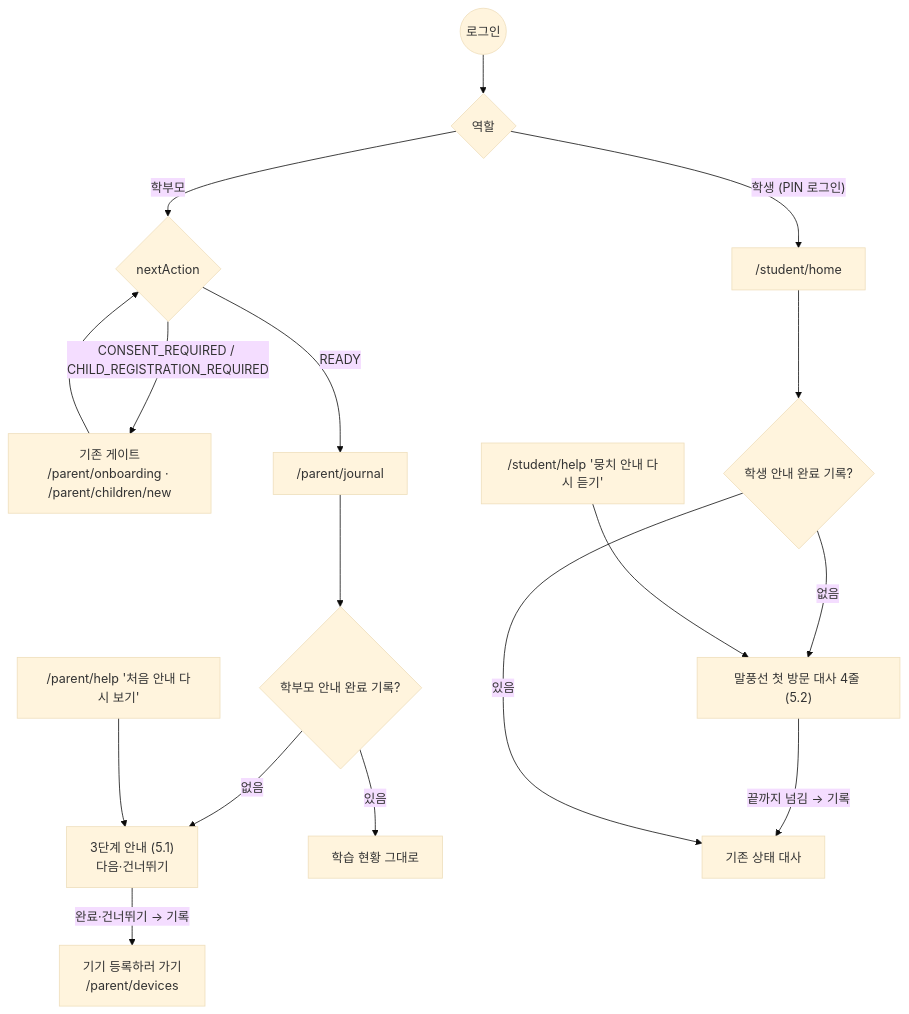
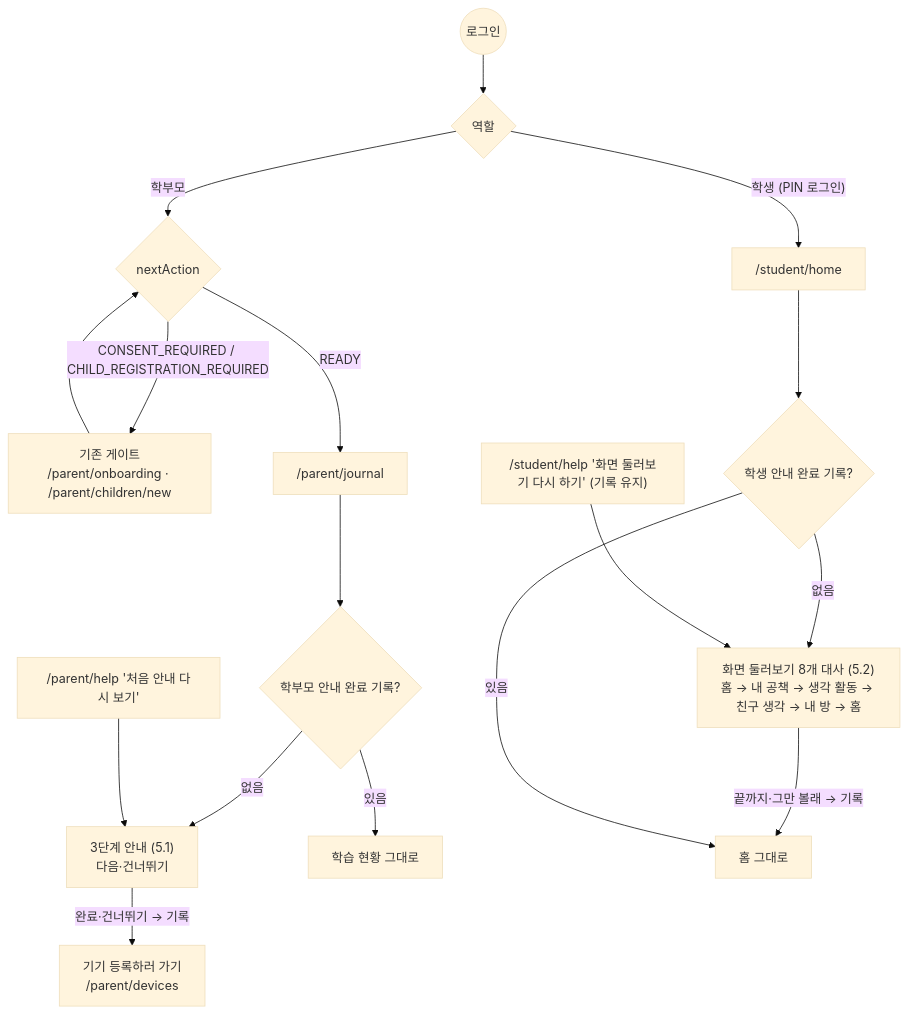
The diagram in docs/proposals/onboarding.md (SKNETWORKS-FAMILY-AICAMP/SKN34-FINAL-3TEAM), drawn with Mermaid (base theme) before and after one commit. The commit also changed other lines of this file and 18 other files, not shown here.

````diff
--- a/docs/proposals/onboarding.md
+++ b/docs/proposals/onboarding.md
@@ -108,19 +128,19 @@
 ```mermaid
 flowchart TD
   L(("로그인")) --> R{"역할"}
   R -->|"학부모"| NA{"nextAction"}
   NA -->|"CONSENT_REQUIRED / CHILD_REGISTRATION_REQUIRED"| G["기존 게이트<br/>/parent/onboarding · /parent/children/new"]
   G --> NA
   NA -->|"READY"| PH["/parent/journal"]
   PH --> PD{"학부모 안내 완료 기록?"}
   PD -->|"없음"| PT["3단계 안내 (5.1)<br/>다음·건너뛰기"]
   PD -->|"있음"| PB["학습 현황 그대로"]
   PT -->|"완료·건너뛰기 → 기록"| DEV["기기 등록하러 가기<br/>/parent/devices"]
   R -->|"학생 (PIN 로그인)"| SH["/student/home"]
   SH --> SD{"학생 안내 완료 기록?"}
-  SD -->|"없음"| ST["말풍선 첫 방문 대사 4줄 (5.2)"]
-  ST -->|"끝까지 넘김 → 기록"| SS["기존 상태 대사"]
+  SD -->|"없음"| ST["화면 둘러보기 8개 대사 (5.2)<br/>홈 → 내 공책 → 생각 활동 → 친구 생각 → 내 방 → 홈"]
+  ST -->|"끝까지·그만 볼래 → 기록"| SS["홈 그대로"]
   SD -->|"있음"| SS
   PHELP["/parent/help '처음 안내 다시 보기'"] --> PT
-  SHELP["/student/help '뭉치 안내 다시 듣기'"] --> ST
+  SHELP["/student/help '화면 둘러보기 다시 하기' (기록 유지)"] --> ST
 ```
````
